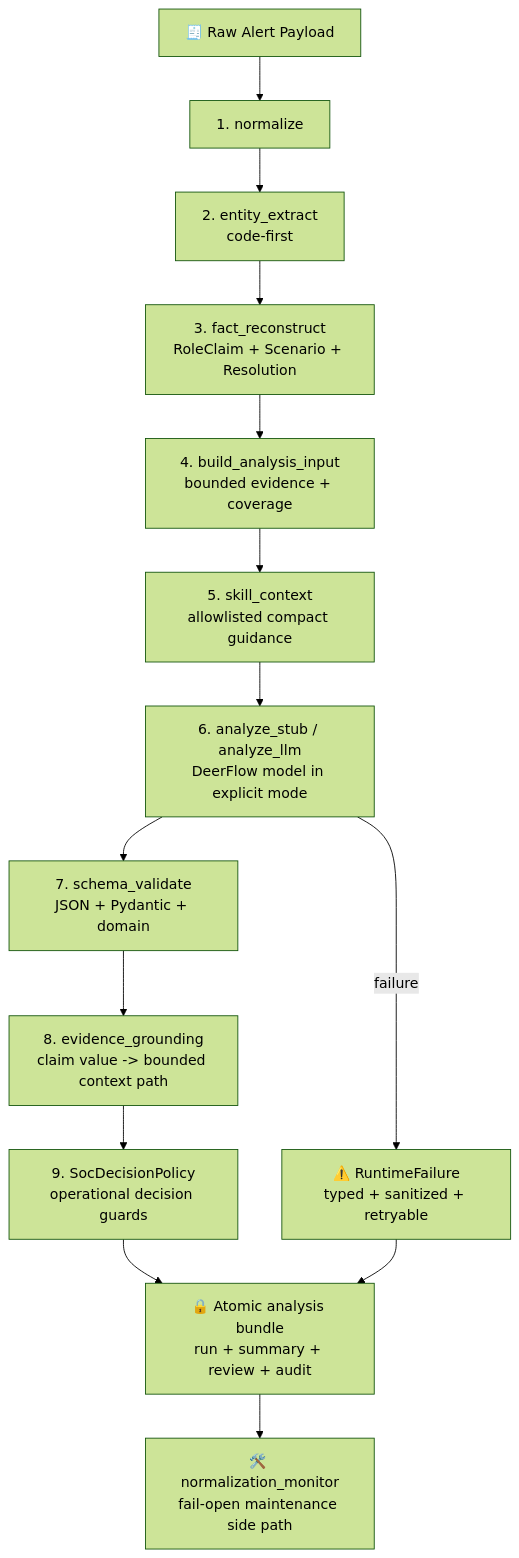
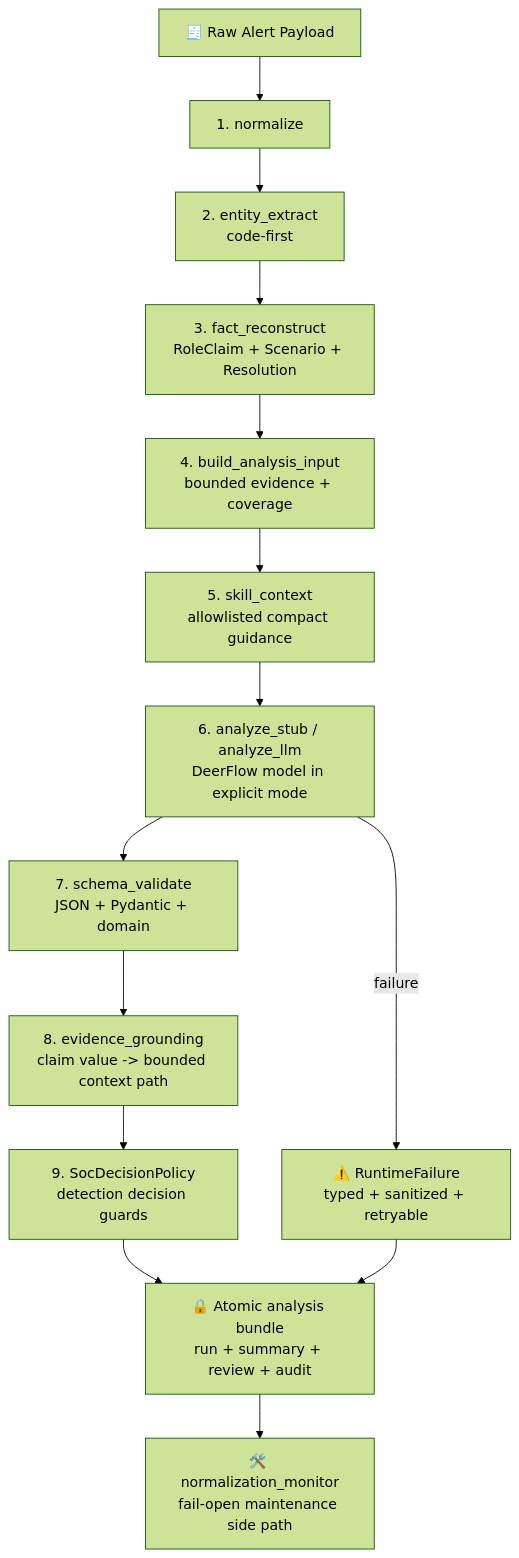
Before and after one commit to yydspanda/deer-flow: the fourth of 12 diagrams in .notes/ai_soc/soc-agent-solution.md, drawn with Mermaid (forest theme). The commit also changed other lines of this file and 22 other files, not shown here.

````diff
--- a/.notes/ai_soc/soc-agent-solution.md
+++ b/.notes/ai_soc/soc-agent-solution.md
@@ -256,16 +282,16 @@
 ```mermaid
 flowchart TD
     I["🧾 Raw Alert Payload"] --> N["1. normalize"]
     N --> X["2. entity_extract<br/>code-first"]
     X --> F["3. fact_reconstruct<br/>RoleClaim + Scenario + Resolution"]
     F --> B["4. build_analysis_input<br/>bounded evidence + coverage"]
     B --> S["5. skill_context<br/>allowlisted compact guidance"]
     S --> L["6. analyze_stub / analyze_llm<br/>DeerFlow model in explicit mode"]
     L --> V["7. schema_validate<br/>JSON + Pydantic + domain"]
     V --> G["8. evidence_grounding<br/>claim value -> bounded context path"]
-    G --> R["9. SocDecisionPolicy<br/>operational decision guards"]
+    G --> R["9. SocDecisionPolicy<br/>detection decision guards"]
     R --> P["🔒 Atomic analysis bundle<br/>run + summary + review + audit"]
     L -->|failure| E["⚠️ RuntimeFailure<br/>typed + sanitized + retryable"]
     E --> P
     P --> M["🛠️ normalization_monitor<br/>fail-open maintenance side path"]
 ```
````
